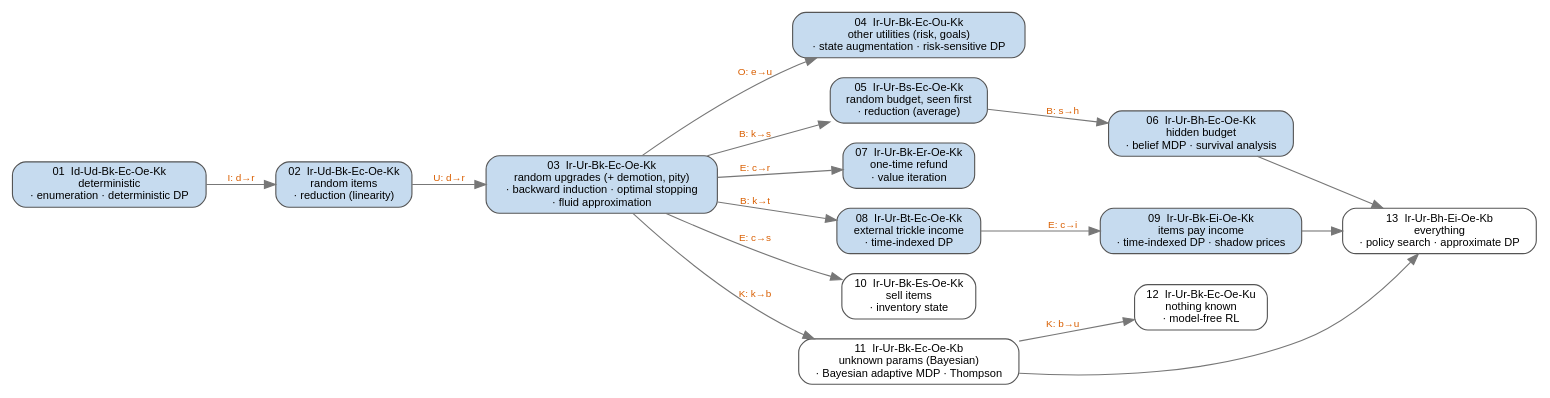
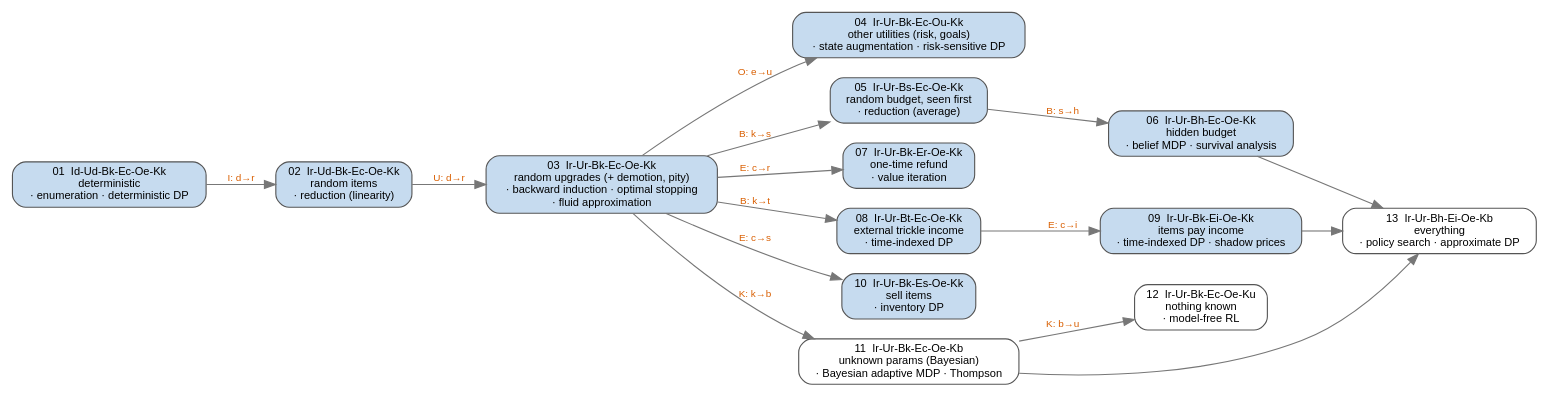
Before and after one commit to ssarkar2/notes: the diagram in probability/sequential_decision_making_under_uncertainty/figures/ladder_map.dot, drawn with Graphviz. The commit also changed 6 other files, not shown here.

First line of the commit message:
Add problem 10 (items can be sold): inventory DP ordered by liquid wealth

```diff
--- a/probability/sequential_decision_making_under_uncertainty/figures/ladder_map.dot
+++ b/probability/sequential_decision_making_under_uncertainty/figures/ladder_map.dot
@@ -1,36 +1,36 @@
 // Ladder of problems: each edge = one axis loosened. Filled = built, white = planned.
 // Build: ./build.sh
 digraph ladder {
   rankdir=LR;
   graph [fontname="Helvetica", fontsize=11, nodesep=0.25, ranksep=0.5, bgcolor="white"];
   node  [shape=box, style="rounded,filled", fontname="Helvetica", fontsize=10, fillcolor="white", color="#555555"];
   edge  [fontname="Helvetica", fontsize=9, color="#777777", fontcolor="#d95f02"];
 
   // fillcolor "#c6dbef" = built
   p01 [label="01  Id-Ud-Bk-Ec-Oe-Kk\ndeterministic\n· enumeration · deterministic DP", fillcolor="#c6dbef"];
   p02 [label="02  Ir-Ud-Bk-Ec-Oe-Kk\nrandom items\n· reduction (linearity)", fillcolor="#c6dbef"];
   p03 [label="03  Ir-Ur-Bk-Ec-Oe-Kk\nrandom upgrades (+ demotion, pity)\n· backward induction · optimal stopping\n· fluid approximation", fillcolor="#c6dbef"];
   p04 [label="04  Ir-Ur-Bk-Ec-Ou-Kk\nother utilities (risk, goals)\n· state augmentation · risk-sensitive DP", fillcolor="#c6dbef"];
   p05 [label="05  Ir-Ur-Bs-Ec-Oe-Kk\nrandom budget, seen first\n· reduction (average)", fillcolor="#c6dbef"];
   p06 [label="06  Ir-Ur-Bh-Ec-Oe-Kk\nhidden budget\n· belief MDP · survival analysis", fillcolor="#c6dbef"];
   p07 [label="07  Ir-Ur-Bk-Er-Oe-Kk\none-time refund\n· value iteration", fillcolor="#c6dbef"];
   p08 [label="08  Ir-Ur-Bt-Ec-Oe-Kk\nexternal trickle income\n· time-indexed DP", fillcolor="#c6dbef"];
   p09 [label="09  Ir-Ur-Bk-Ei-Oe-Kk\nitems pay income\n· time-indexed DP · shadow prices", fillcolor="#c6dbef"];
-  p10 [label="10  Ir-Ur-Bk-Es-Oe-Kk\nsell items\n· inventory state"];
+  p10 [label="10  Ir-Ur-Bk-Es-Oe-Kk\nsell items\n· inventory DP", fillcolor="#c6dbef"];
   p11 [label="11  Ir-Ur-Bk-Ec-Oe-Kb\nunknown params (Bayesian)\n· Bayesian adaptive MDP · Thompson"];
   p12 [label="12  Ir-Ur-Bk-Ec-Oe-Ku\nnothing known\n· model-free RL"];
   p13 [label="13  Ir-Ur-Bh-Ei-Oe-Kb\neverything\n· policy search · approximate DP"];
 
   p01 -> p02 [label="I: d→r"];
   p02 -> p03 [label="U: d→r"];
   p03 -> p04 [label="O: e→u"];
   p03 -> p05 [label="B: k→s"];
   p05 -> p06 [label="B: s→h"];
   p03 -> p07 [label="E: c→r"];
   p03 -> p08 [label="B: k→t"];
   p08 -> p09 [label="E: c→i"];
   p03 -> p10 [label="E: c→s"];
   p03 -> p11 [label="K: k→b"];
   p11 -> p12 [label="K: b→u"];
   p06 -> p13; p09 -> p13; p11 -> p13;
 }
```
